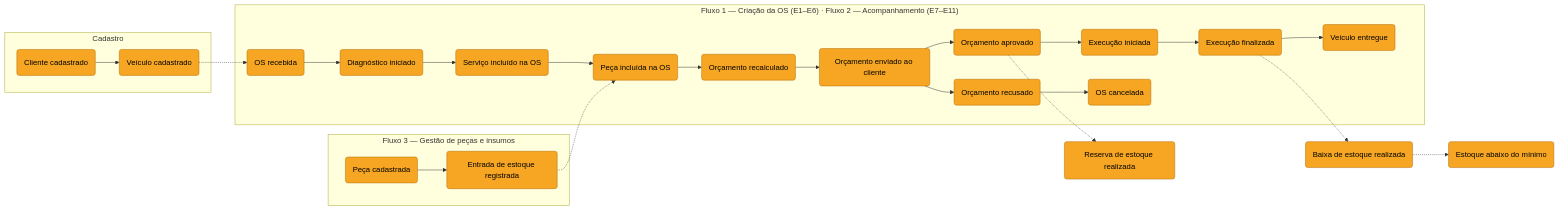
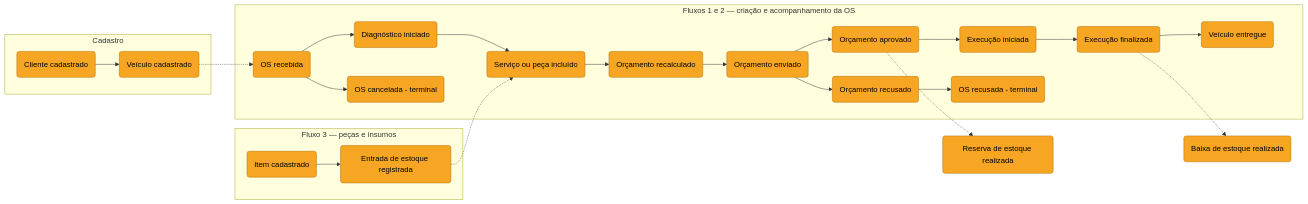
Before and after one commit to HermandoThiago/FIAP-SOAT: the second of 6 diagrams in docs/ddd/event-storming.md, drawn with Mermaid. The commit also changed other lines of this file and 263 other files, not shown here.

````diff
--- a/docs/ddd/event-storming.md
+++ b/docs/ddd/event-storming.md
@@ -36,21 +37,21 @@
 ```mermaid
 flowchart LR
     classDef evento fill:#f6a623,stroke:#b36b00,color:#000
     subgraph Cadastro
         E0(Cliente cadastrado):::evento --> E0b(Veículo cadastrado):::evento
     end
-    subgraph Estoque["Fluxo 3 — Gestão de peças e insumos"]
-        P1(Peça cadastrada):::evento --> P2(Entrada de estoque registrada):::evento
+    subgraph Estoque["Fluxo 3 — peças e insumos"]
+        P1(Item cadastrado):::evento --> P2(Entrada de estoque registrada):::evento
     end
-    subgraph OS["Fluxo 1 — Criação da OS (E1–E6) · Fluxo 2 — Acompanhamento (E7–E11)"]
-        E1(OS recebida):::evento --> E2(Diagnóstico iniciado):::evento --> E3(Serviço incluído na OS):::evento --> E4(Peça incluída na OS):::evento
-        E4 --> E5(Orçamento recalculado):::evento --> E6(Orçamento enviado ao cliente):::evento
+    subgraph OS["Fluxos 1 e 2 — criação e acompanhamento da OS"]
+        E1(OS recebida):::evento --> E2(Diagnóstico iniciado):::evento --> E3(Serviço ou peça incluído):::evento
+        E3 --> E5(Orçamento recalculado):::evento --> E6(Orçamento enviado):::evento
         E6 --> E7(Orçamento aprovado):::evento --> E8(Execução iniciada):::evento --> E9(Execução finalizada):::evento --> E10(Veículo entregue):::evento
-        E6 --> E7b(Orçamento recusado):::evento --> E11(OS cancelada):::evento
+        E6 --> E7b(Orçamento recusado):::evento --> E11(OS recusada - terminal):::evento
+        E1 --> E12(OS cancelada - terminal):::evento
     end
     E0b -.-> E1
-    P2 -.-> E4
+    P2 -.-> E3
     E7 -.-> P3(Reserva de estoque realizada):::evento
     E9 -.-> P4(Baixa de estoque realizada):::evento
-    P4 -.-> P5(Estoque abaixo do mínimo):::evento
 ```
````
